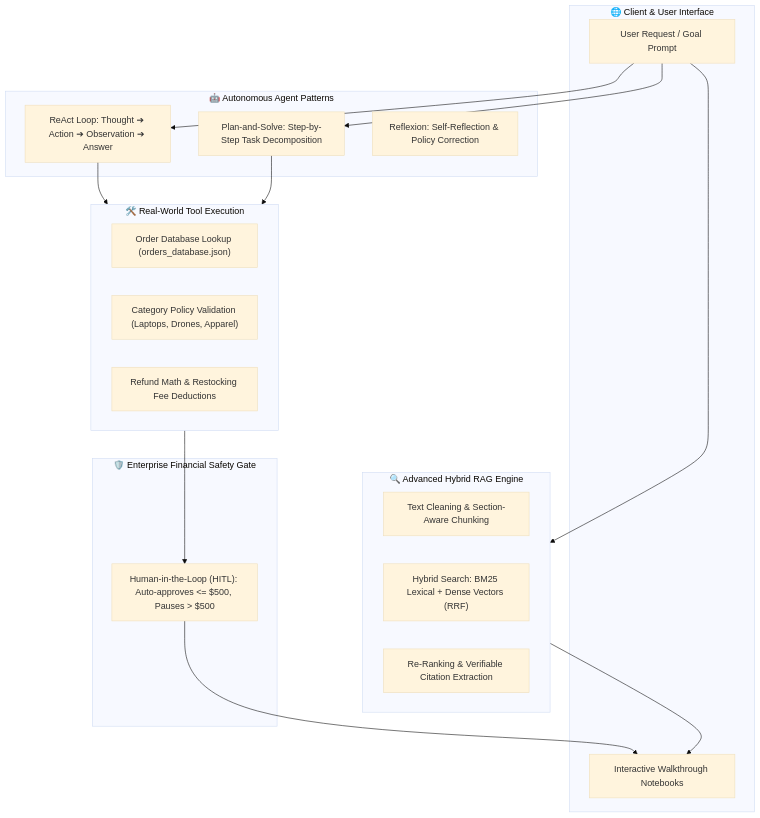
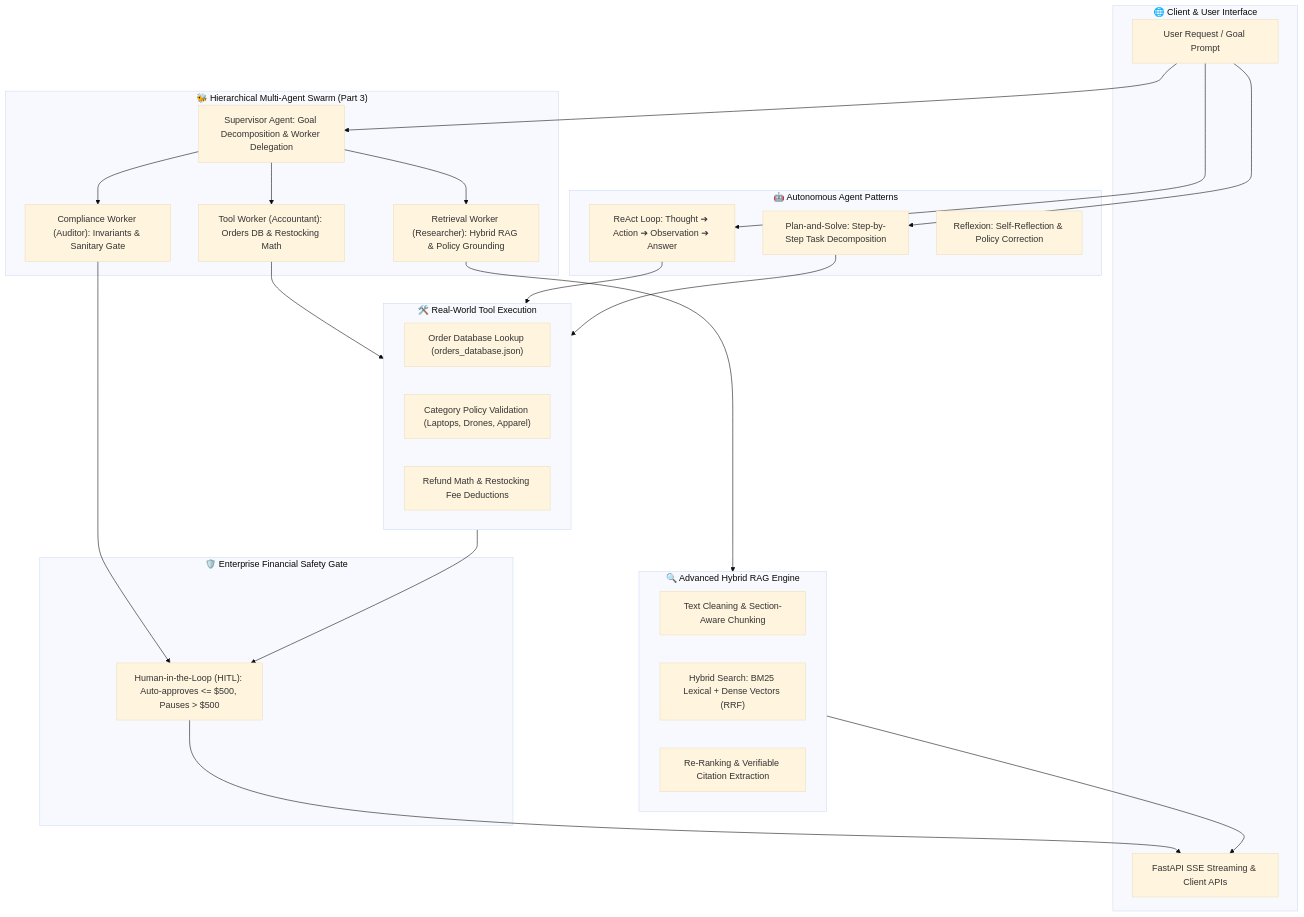
One commit to chanakyachandu/agentic-ai-playbook changed the diagram in README.md. Above: the diagram before and after it, drawn with Mermaid (base theme). The commit also changed other lines of this file and 32 other files, not shown here.

Commit message:
feat: complete 5-module agentic AI architecture with multi-agents, memory guardrails, evals, and 59 passing tests

````diff
--- a/README.md
+++ b/README.md
@@ -16,38 +16,51 @@
 ```mermaid
 flowchart TD
     subgraph Client["🌐 Client & User Interface"]
         REQ["User Request / Goal Prompt"]
-        UI["Interactive Walkthrough Notebooks"]
+        UI["FastAPI SSE Streaming & Client APIs"]
     end
 
     subgraph Agents["🤖 Autonomous Agent Patterns"]
         REACT["ReAct Loop: Thought ➔ Action ➔ Observation ➔ Answer"]
         PLAN["Plan-and-Solve: Step-by-Step Task Decomposition"]
         REFLECT["Reflexion: Self-Reflection & Policy Correction"]
+    end
+
+    subgraph Swarm["🐝 Hierarchical Multi-Agent Swarm (Part 3)"]
+        BOSS["Supervisor Agent: Goal Decomposition & Worker Delegation"]
+        RESEARCH["Retrieval Worker (Researcher): Hybrid RAG & Policy Grounding"]
+        ACCT["Tool Worker (Accountant): Orders DB & Restocking Math"]
+        AUDIT["Compliance Worker (Auditor): Invariants & Sanitary Gate"]
     end
 
     subgraph Tools["🛠️ Real-World Tool Execution"]
         ORDER["Order Database Lookup (orders_database.json)"]
         POLICY["Category Policy Validation (Laptops, Drones, Apparel)"]
         CALC["Refund Math & Restocking Fee Deductions"]
     end
 
     subgraph RAG["🔍 Advanced Hybrid RAG Engine"]
         CHUNK["Text Cleaning & Section-Aware Chunking"]
         HYBRID["Hybrid Search: BM25 Lexical + Dense Vectors (RRF)"]
         RERANK["Re-Ranking & Verifiable Citation Extraction"]
     end
 
     subgraph Safety["🛡️ Enterprise Financial Safety Gate"]
         HITL["Human-in-the-Loop (HITL): Auto-approves <= $500, Pauses > $500"]
     end
 
     REQ --> REACT
     REQ --> PLAN
+    REQ --> BOSS
+    BOSS --> RESEARCH
+    BOSS --> ACCT
+    BOSS --> AUDIT
+    RESEARCH --> RAG
+    ACCT --> Tools
+    AUDIT --> HITL
     REACT --> Tools
     PLAN --> Tools
     Tools --> HITL
-    REQ --> RAG
     RAG --> UI
     HITL --> UI
 ```
````
